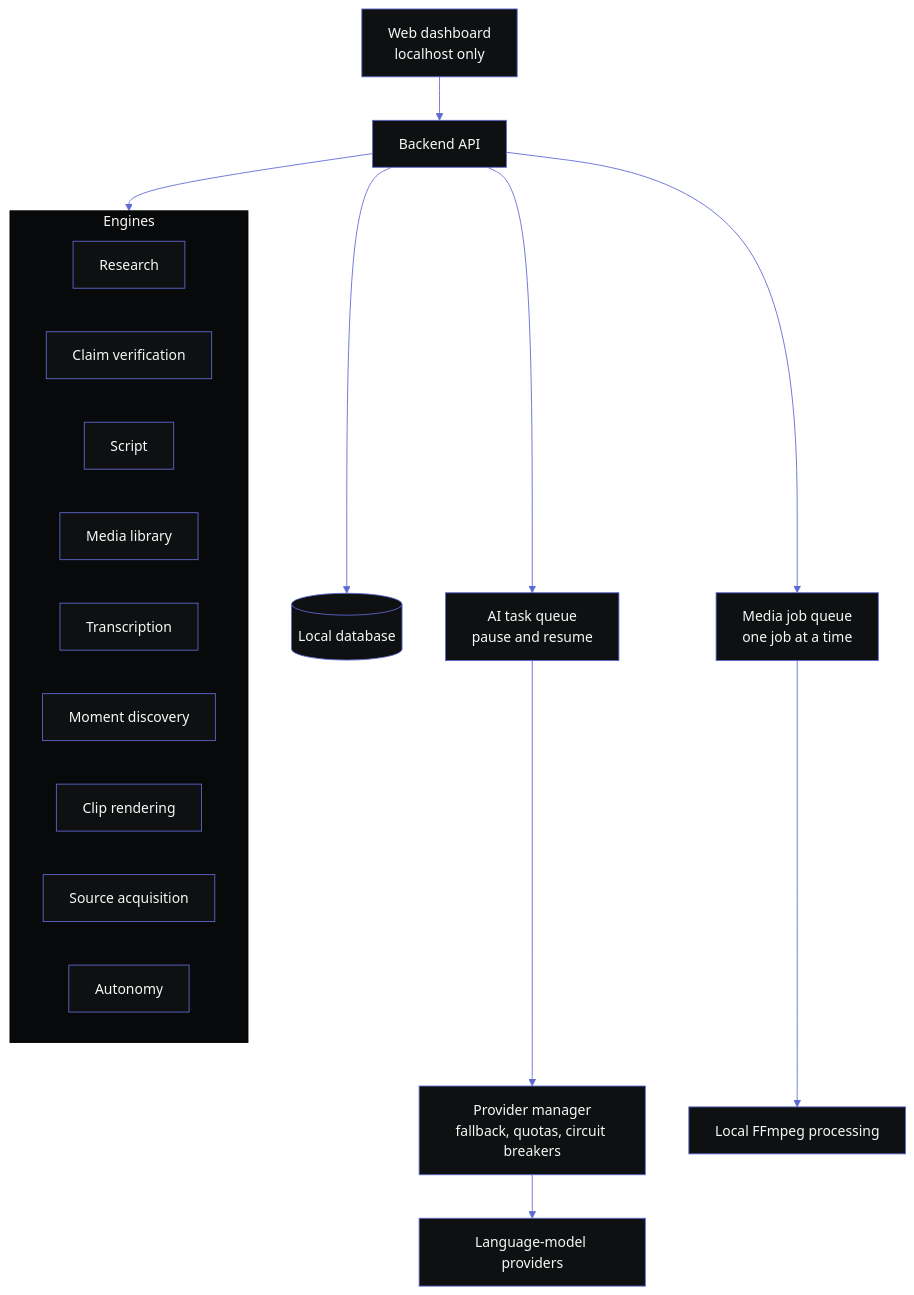
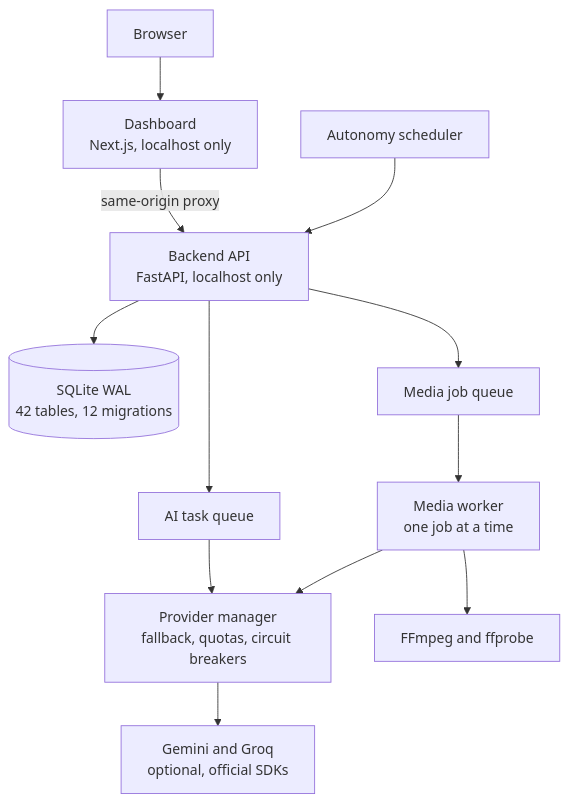
One commit to DhruvMalviya0/ai-content-factory-showcase changed the diagram in README.md. Above: the diagram before and after it, drawn with Mermaid. The commit also changed other lines of this file and 23 other files, not shown here.

First line of the commit message:
Add technical documentation, diagrams and genuine product screenshots

````diff
--- a/README.md
+++ b/README.md
@@ -37,23 +70,14 @@
 ```mermaid
-%%{init: {'theme':'base','themeVariables':{'primaryColor':'#0F1011','primaryTextColor':'#F7F8F8','primaryBorderColor':'#5E6AD2','lineColor':'#5E6AD2','secondaryColor':'#1A1B1D','tertiaryColor':'#08090A'}}}%%
 flowchart TB
-    UI[Web dashboard<br/>localhost only] --> API[Backend API]
-    API --> DB[(Local database)]
-    API --> AIQ[AI task queue<br/>pause and resume]
-    API --> MQ[Media job queue<br/>one job at a time]
-    AIQ --> PM[Provider manager<br/>fallback, quotas, circuit breakers]
-    PM --> LLM[Language-model providers]
-    MQ --> FF[Local FFmpeg processing]
-    subgraph Engines
-        R[Research]
-        CV[Claim verification]
-        S[Script]
-        M[Media library]
-        T[Transcription]
-        D[Moment discovery]
-        C[Clip rendering]
-        A[Source acquisition]
-        AU[Autonomy]
-    end
-    API --> Engines
+    B[Browser] --> D[Dashboard<br/>Next.js, localhost only]
+    D -->|same-origin proxy| API[Backend API<br/>FastAPI, localhost only]
+    API --> DB[(SQLite WAL<br/>42 tables, 12 migrations)]
+    API --> AQ[AI task queue]
+    API --> MQ[Media job queue]
+    AQ --> PM[Provider manager<br/>fallback, quotas, circuit breakers]
+    PM --> EXT[Gemini and Groq<br/>optional, official SDKs]
+    MQ --> W[Media worker<br/>one job at a time]
+    W --> FF[FFmpeg and ffprobe]
+    W --> PM
+    AU[Autonomy scheduler] --> API
 ```
````
